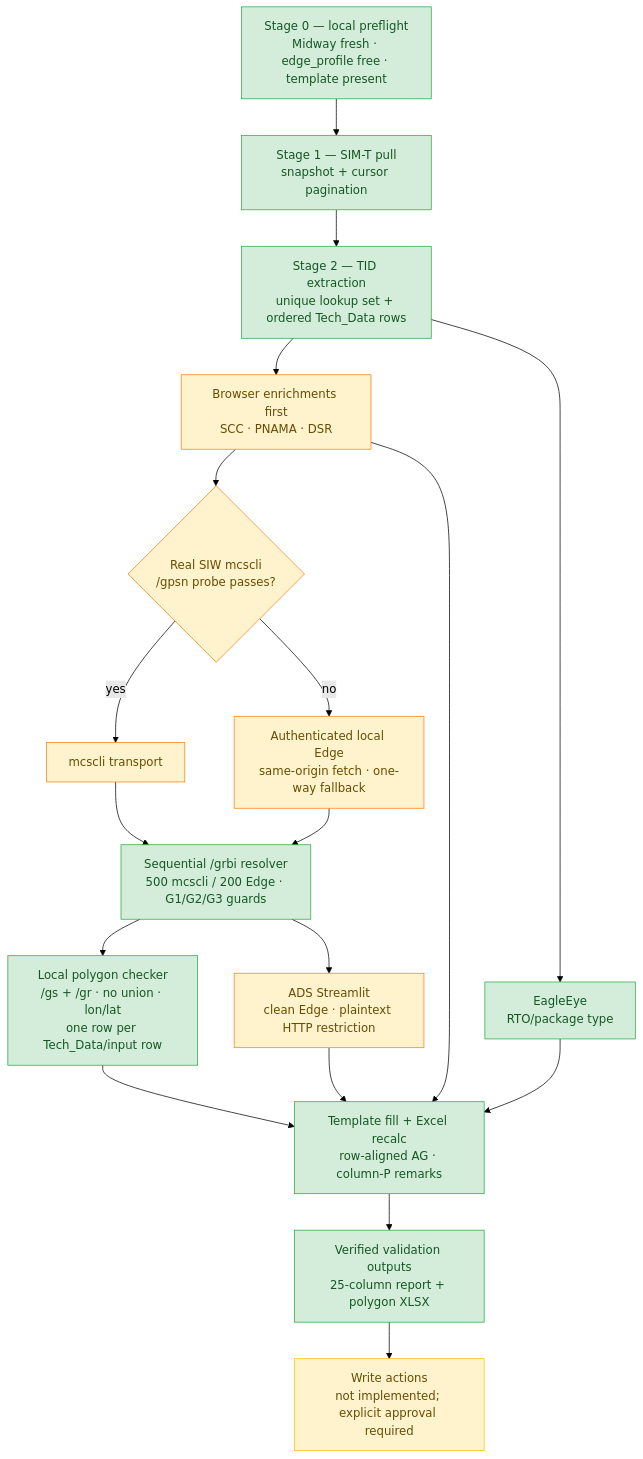
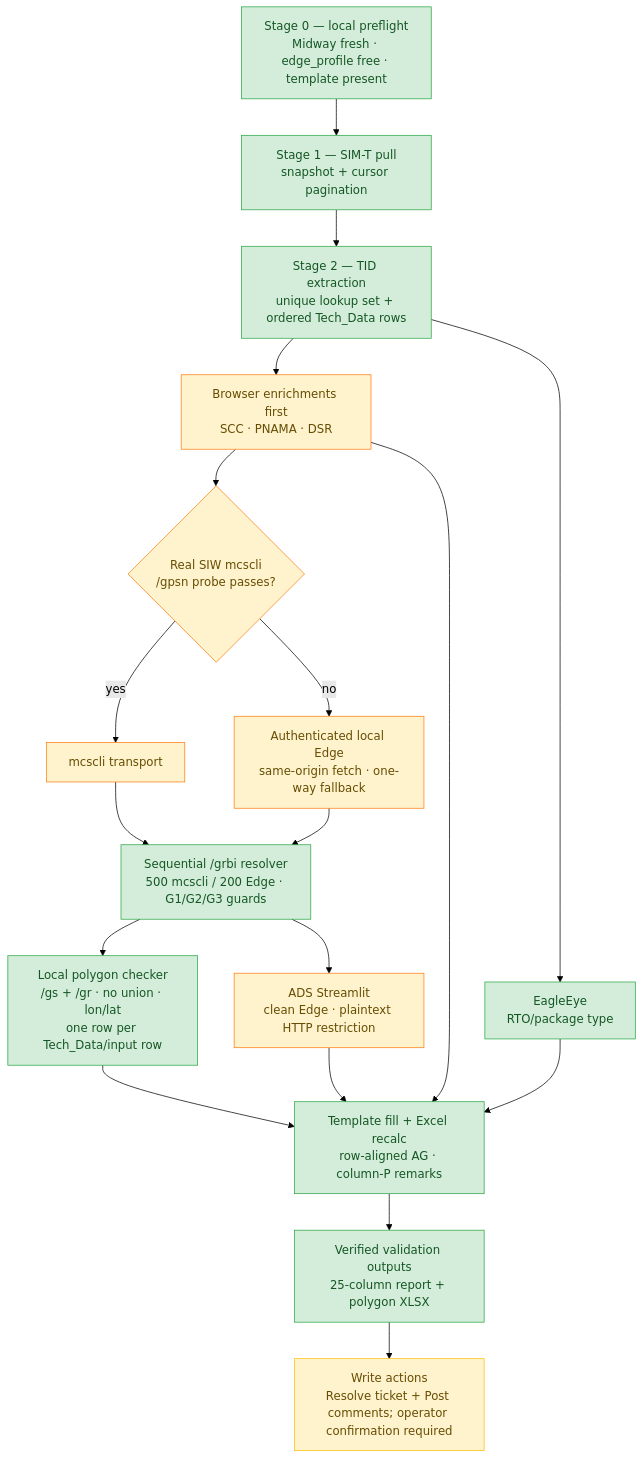
The first of 4 diagrams in Docs/architecture.md (debashiskbrj/Kiro-OOJ-Automation), drawn with Mermaid (forest theme) before and after one commit. The commit also changed 40 other files, not shown here.

First line of the commit message:
feat: Resolve ticket, approval in comments, SCC stop/rerun, browser sign-in at Start

````diff
--- a/Docs/architecture.md
+++ b/Docs/architecture.md
@@ -13,37 +13,37 @@
 ```mermaid
 flowchart TD
     S0["Stage 0 — local preflight<br/>Midway fresh · edge_profile free · template present"]
     S1["Stage 1 — SIM-T pull<br/>snapshot + cursor pagination"]
     S2["Stage 2 — TID extraction<br/>unique lookup set + ordered Tech_Data rows"]
     B["Browser enrichments first<br/>SCC · PNAMA · DSR"]
     E["EagleEye<br/>RTO/package type"]
     AUTH{"Real SIW mcscli<br/>/gpsn probe passes?"}
     MCS["mcscli transport"]
     EDGE["Authenticated local Edge<br/>same-origin fetch · one-way fallback"]
     GRBI["Sequential /grbi resolver<br/>500 mcscli / 200 Edge · G1/G2/G3 guards"]
     POLY["Local polygon checker<br/>/gs + /gr · no union · lon/lat<br/>one row per Tech_Data/input row"]
     ADS["ADS Streamlit<br/>clean Edge · plaintext HTTP restriction"]
     S4["Template fill + Excel recalc<br/>row-aligned AG · column-P remarks"]
     S5["Verified validation outputs<br/>25-column report + polygon XLSX"]
-    S6["Write actions<br/>not implemented; explicit approval required"]
+    S6["Write actions<br/>Resolve ticket + Post comments; operator confirmation required"]
 
     S0 --> S1 --> S2
     S2 --> B
     S2 --> E
     B --> AUTH
     AUTH -->|"yes"| MCS --> GRBI
     AUTH -->|"no"| EDGE --> GRBI
     GRBI --> POLY
     GRBI --> ADS
     B --> S4
     E --> S4
     POLY --> S4
     ADS --> S4 --> S5 --> S6
 
     classDef working fill:#d4edda,stroke:#28a745,color:#155724
     classDef pending fill:#fff3cd,stroke:#fd7e14,color:#664d03
     classDef gated fill:#fff3cd,stroke:#ffc107,color:#664d03
     class S0,S1,S2,E,GRBI,POLY,S4,S5 working
     class B,AUTH,MCS,EDGE,ADS pending
     class S6 gated
 ```
````
